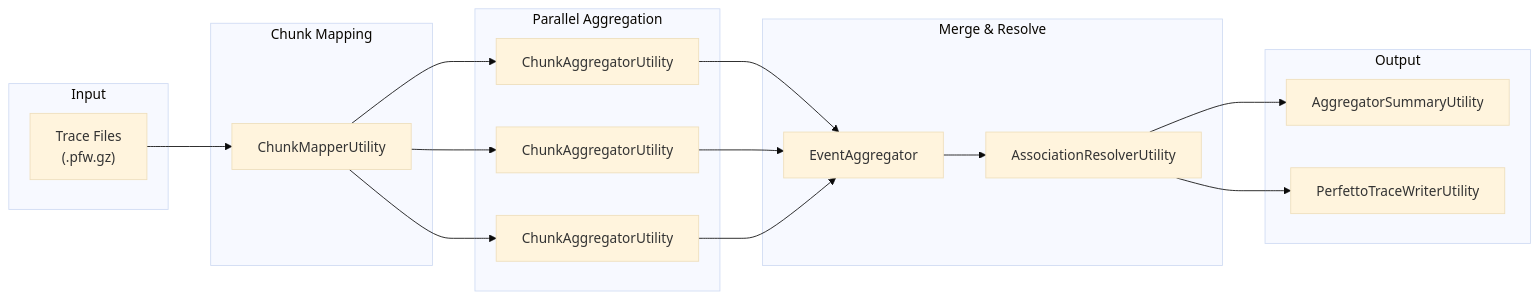
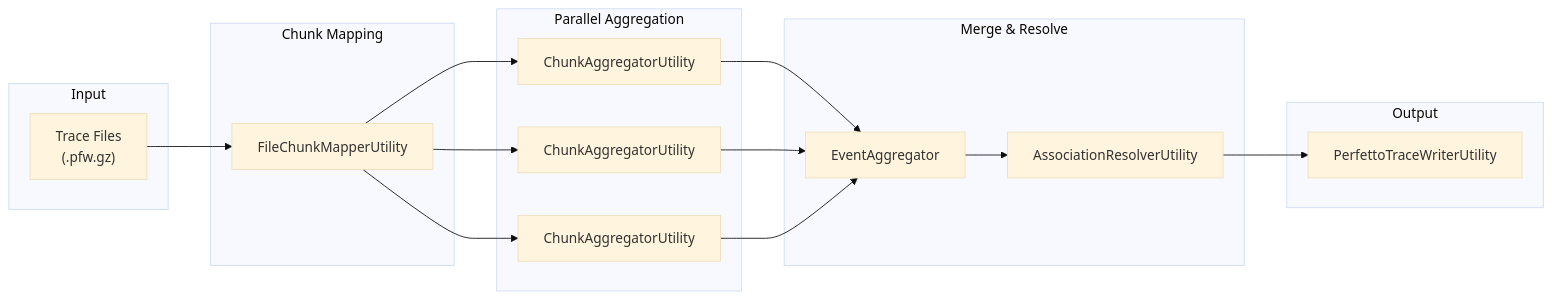
The diagram in docs/source/cpp_api/dft_aggregators.rst (asparsa/ClarIOn), drawn with Mermaid (base theme) before and after one commit. The commit also changed other lines of this file and 46 other files, not shown here.

```diff
--- a/docs/source/cpp_api/dft_aggregators.rst
+++ b/docs/source/cpp_api/dft_aggregators.rst
@@ -38,37 +38,35 @@
 .. mermaid::
 
    graph LR
        subgraph Input
            Files["Trace Files<br/>(.pfw.gz)"]
        end
 
        subgraph Mapping["Chunk Mapping"]
-           CM["ChunkMapperUtility"]
+           CM["FileChunkMapperUtility"]
        end
 
        subgraph Parallel["Parallel Aggregation"]
            CA1["ChunkAggregatorUtility"]
            CA2["ChunkAggregatorUtility"]
            CAN["ChunkAggregatorUtility"]
        end
 
        subgraph Merge["Merge & Resolve"]
            EA["EventAggregator"]
            AR["AssociationResolverUtility"]
        end
 
        subgraph Output
-           Summary["AggregatorSummaryUtility"]
            Perfetto["PerfettoTraceWriterUtility"]
        end
 
        Files --> CM
        CM --> CA1
        CM --> CA2
        CM --> CAN
        CA1 --> EA
        CA2 --> EA
        CAN --> EA
        EA --> AR
-       AR --> Summary
        AR --> Perfetto
```
